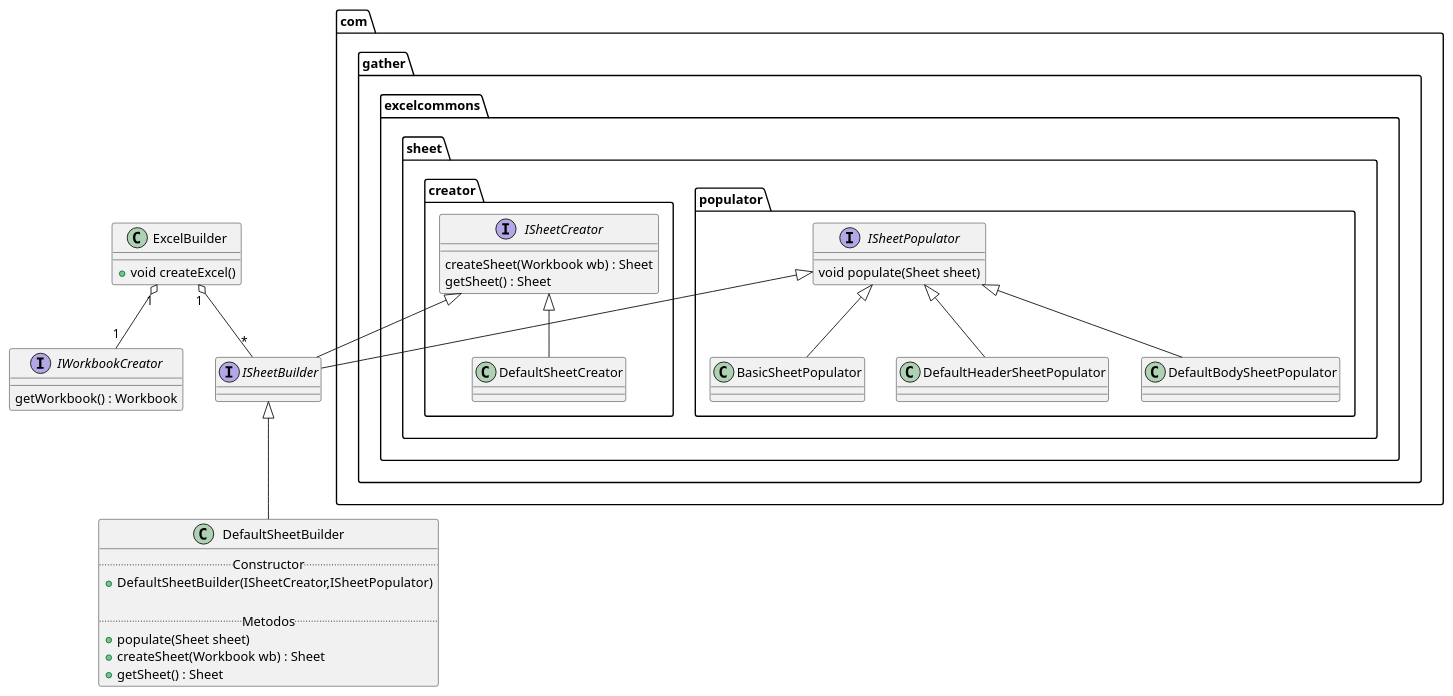
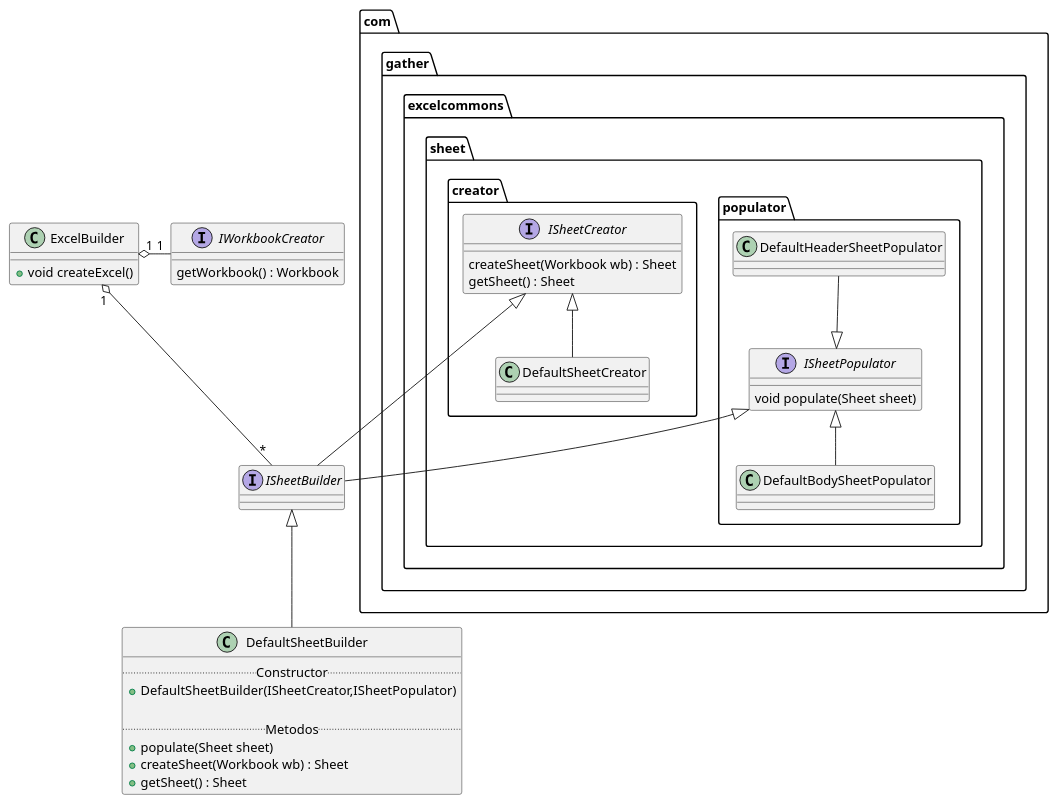
The diagram in extras/as-is.puml (rtroyh/excel-commons), drawn with PlantUML before and after one commit.

Commit message:
Se quito clase redundante

```diff
--- a/extras/as-is.puml
+++ b/extras/as-is.puml
@@ -1,51 +1,49 @@
 @startuml
 
 class ExcelBuilder{
     +{method} void createExcel()
 }
 
 class DefaultSheetBuilder{
     ..Constructor..
     +DefaultSheetBuilder(ISheetCreator,ISheetPopulator)
 
     ..Metodos..
     +{method} populate(Sheet sheet)
     +{method} createSheet(Workbook wb) : Sheet
     +{method} getSheet() : Sheet
 }
 
 interface IWorkbookCreator {
     {method} getWorkbook() : Workbook
 }
 
 interface ISheetBuilder {
 }
 
-ExcelBuilder "1" o-- "1" IWorkbookCreator
-ExcelBuilder "1" o-- "*" ISheetBuilder
+ExcelBuilder "1" o- "1" IWorkbookCreator
+ExcelBuilder "1" o--- "*" ISheetBuilder
 ISheetBuilder   <|-- DefaultSheetBuilder
 
 package "com.gather.excelcommons.sheet.populator" {
-
     interface ISheetPopulator {
         void populate(Sheet sheet)
     }
 
     ISheetPopulator <|-- ISheetBuilder
-    ISheetPopulator <|-- BasicSheetPopulator
-    ISheetPopulator <|-- DefaultHeaderSheetPopulator
+    DefaultHeaderSheetPopulator --|> ISheetPopulator
     ISheetPopulator <|-- DefaultBodySheetPopulator
 }
 
 package "com.gather.excelcommons.sheet.creator" {
     interface ISheetCreator {
         {method} createSheet(Workbook wb) : Sheet
         {method} getSheet() : Sheet
     }
 
     ISheetCreator   <|-- ISheetBuilder
     ISheetCreator   <|-- DefaultSheetCreator
 }
 
 
 @enduml
```
